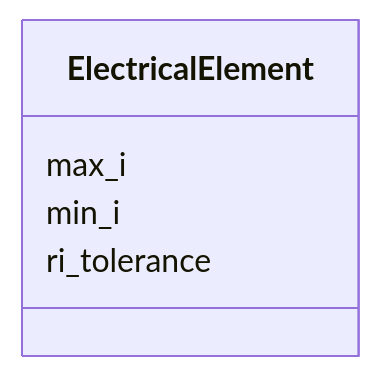
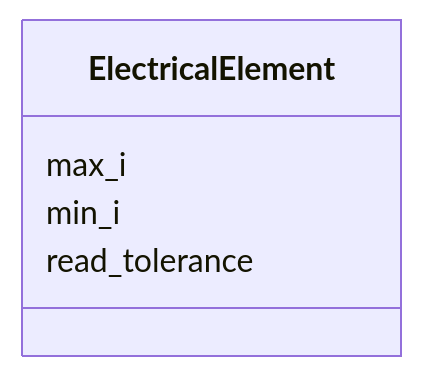
The diagram in docs/source/schema/ElectricalElement.md (astec-stfc/laura), drawn with Mermaid before and after one commit. The commit also changed other lines of this file and 330 other files, not shown here.

Commit message:
Rationalising the schema and objects

````diff
--- a/docs/source/schema/ElectricalElement.md
+++ b/docs/source/schema/ElectricalElement.md
@@ -23,12 +23,12 @@
 ```mermaid
  classDiagram
     class ElectricalElement
     click ElectricalElement href "../ElectricalElement/"
       ElectricalElement : max_i
         
       ElectricalElement : min_i
         
-      ElectricalElement : ri_tolerance
+      ElectricalElement : read_tolerance
         
       
 ```
````
